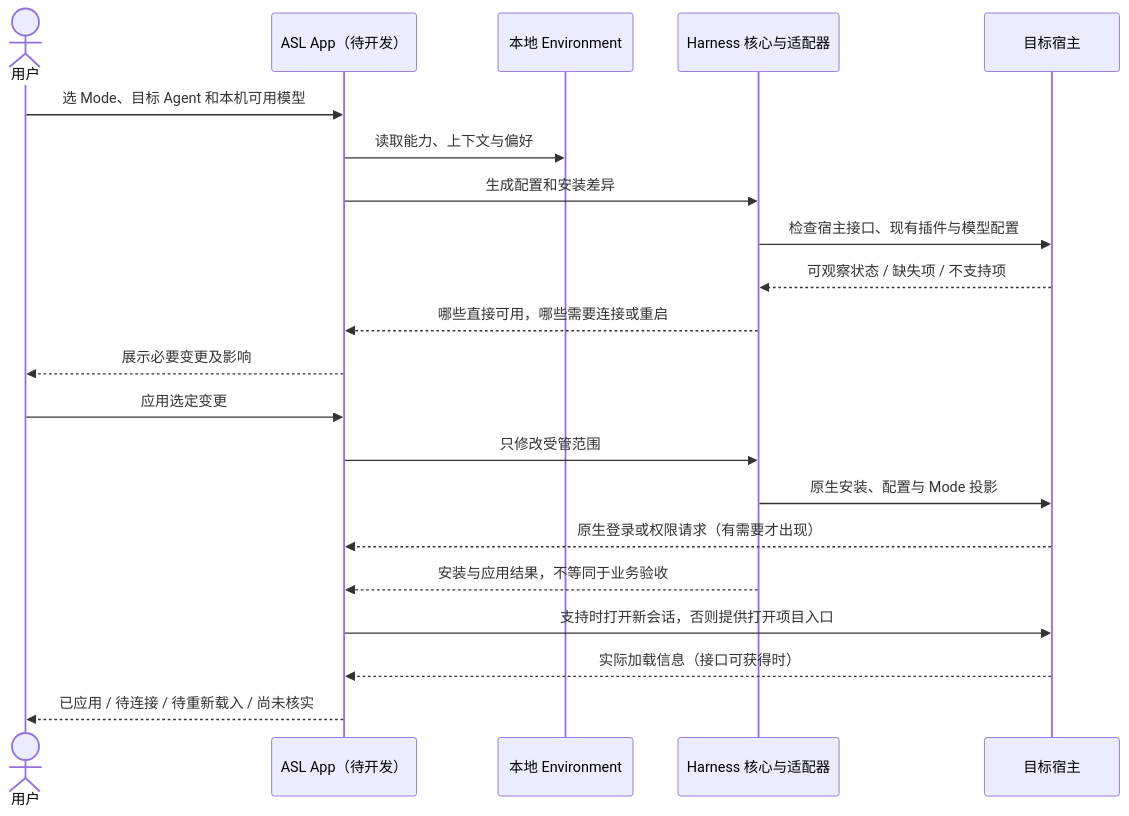
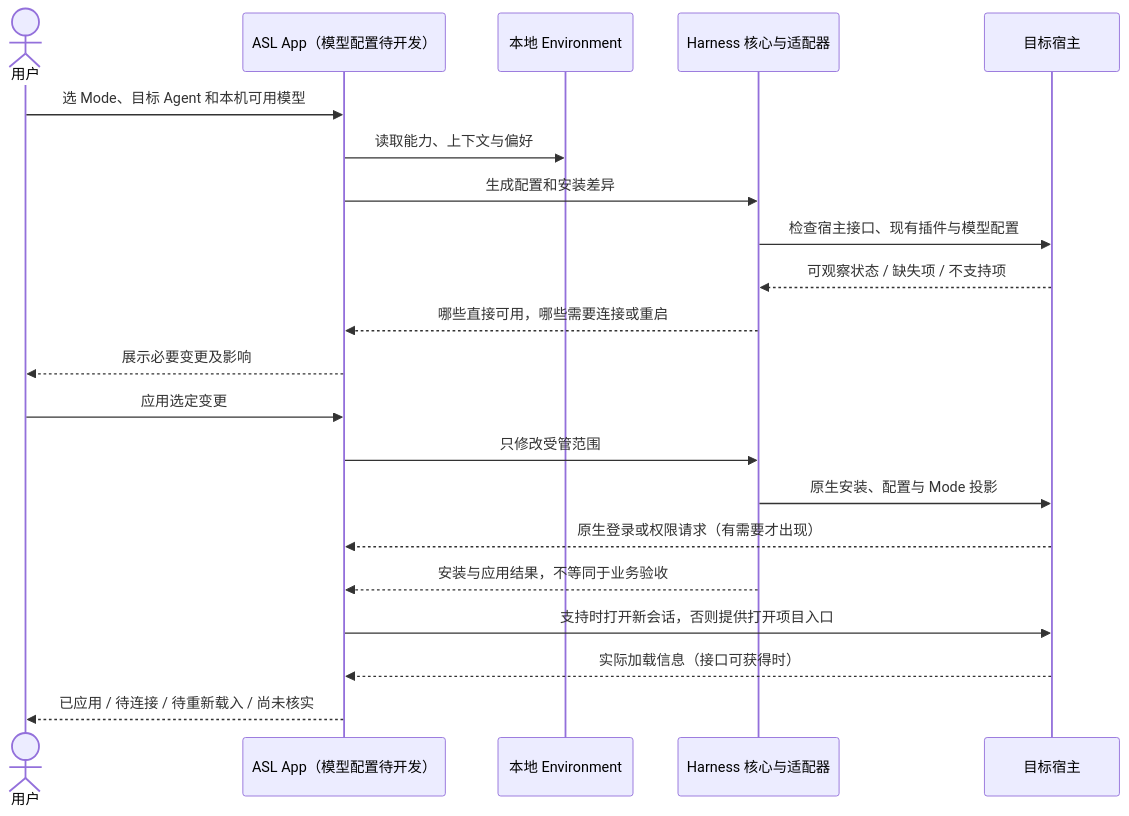
Before and after one commit to qihangzhang-272/asl-harness: the tenth of 20 diagrams in docs/asl-architecture-views.md, drawn with Mermaid. The commit also changed other lines of this file and 16 other files, not shown here.

````diff
--- a/docs/asl-architecture-views.md
+++ b/docs/asl-architecture-views.md
@@ -676,24 +695,24 @@
 ```mermaid
 sequenceDiagram
     actor U as 用户
-    participant A as ASL App（待开发）
+    participant A as ASL App（模型配置待开发）
     participant E as 本地 Environment
     participant C as Harness 核心与适配器
     participant H as 目标宿主
     U->>A: 选 Mode、目标 Agent 和本机可用模型
     A->>E: 读取能力、上下文与偏好
     A->>C: 生成配置和安装差异
     C->>H: 检查宿主接口、现有插件与模型配置
     H-->>C: 可观察状态 / 缺失项 / 不支持项
     C-->>A: 哪些直接可用，哪些需要连接或重启
     A-->>U: 展示必要变更及影响
     U->>A: 应用选定变更
     A->>C: 只修改受管范围
     C->>H: 原生安装、配置与 Mode 投影
     H-->>A: 原生登录或权限请求（有需要才出现）
     C-->>A: 安装与应用结果，不等同于业务验收
     A->>H: 支持时打开新会话，否则提供打开项目入口
     H-->>A: 实际加载信息（接口可获得时）
     A-->>U: 已应用 / 待连接 / 待重新载入 / 尚未核实
 
 ```
````
